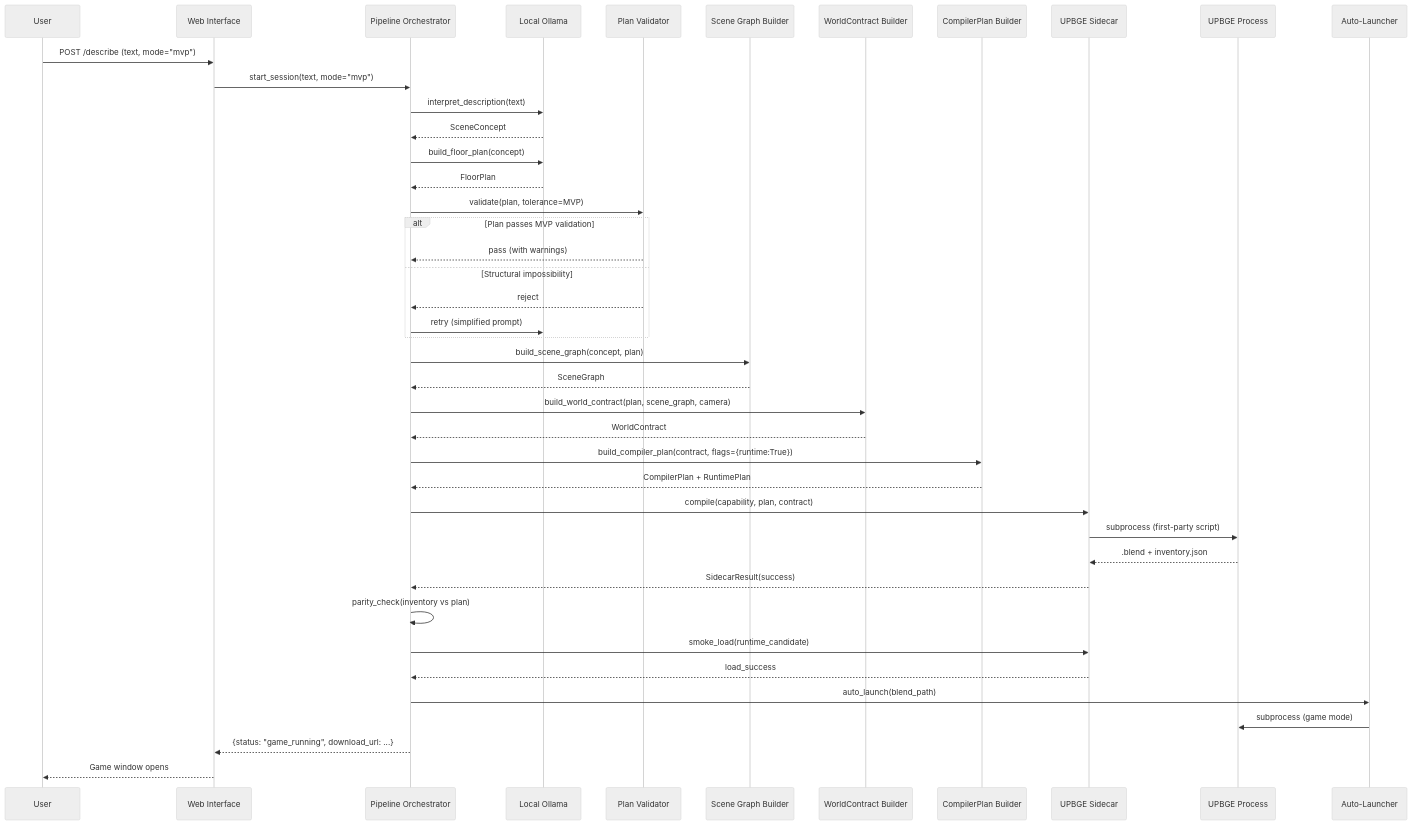
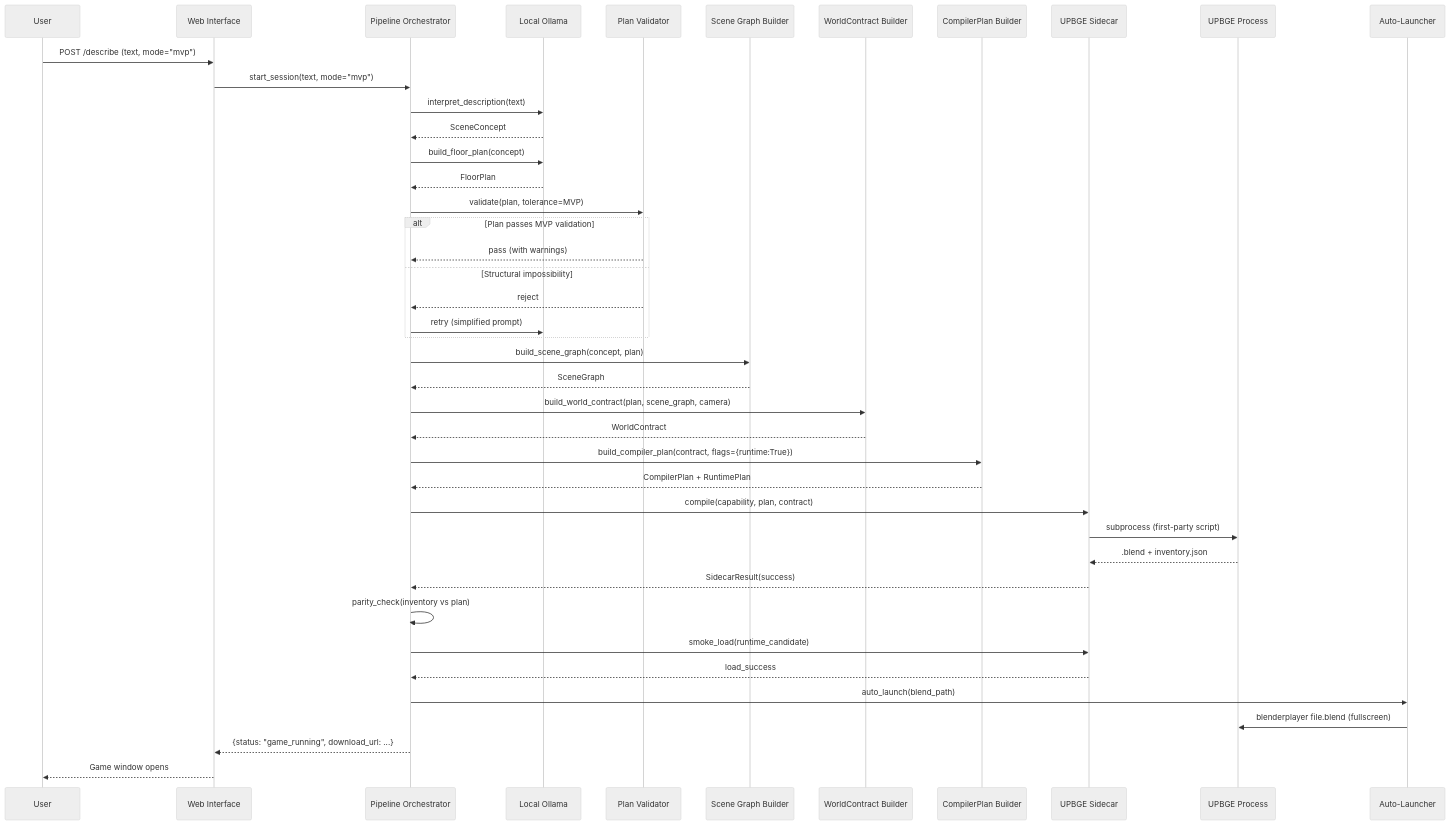
Before and after one commit to JM-Git-Prog/CEO_Attempt: the third of 3 diagrams in .kiro/specs/text-to-playable-world-mvp/design.md, drawn with Mermaid (neutral theme). The commit also changed other lines of this file and 1 other file, not shown here.

Commit message:
fix(spec): correct auto-launch to use blenderplayer (standalone game player), not UPBGE editor — separate compile/launch executables in capability probe

````diff
--- a/.kiro/specs/text-to-playable-world-mvp/design.md
+++ b/.kiro/specs/text-to-playable-world-mvp/design.md
@@ -70,47 +70,47 @@
 ```mermaid
 sequenceDiagram
     participant User
     participant Web as Web Interface
     participant Pipeline as Pipeline Orchestrator
     participant LLM as Local Ollama
     participant Validator as Plan Validator
     participant SGB as Scene Graph Builder
     participant WCB as WorldContract Builder
     participant CPB as CompilerPlan Builder
     participant Sidecar as UPBGE Sidecar
     participant UPBGE as UPBGE Process
     participant Launcher as Auto-Launcher
 
     User->>Web: POST /describe (text, mode="mvp")
     Web->>Pipeline: start_session(text, mode="mvp")
     Pipeline->>LLM: interpret_description(text)
     LLM-->>Pipeline: SceneConcept
     Pipeline->>LLM: build_floor_plan(concept)
     LLM-->>Pipeline: FloorPlan
     Pipeline->>Validator: validate(plan, tolerance=MVP)
     
     alt Plan passes MVP validation
         Validator-->>Pipeline: pass (with warnings)
     else Structural impossibility
         Validator-->>Pipeline: reject
         Pipeline->>LLM: retry (simplified prompt)
     end
     
     Pipeline->>SGB: build_scene_graph(concept, plan)
     SGB-->>Pipeline: SceneGraph
     Pipeline->>WCB: build_world_contract(plan, scene_graph, camera)
     WCB-->>Pipeline: WorldContract
     Pipeline->>CPB: build_compiler_plan(contract, flags={runtime:True})
     CPB-->>Pipeline: CompilerPlan + RuntimePlan
     Pipeline->>Sidecar: compile(capability, plan, contract)
     Sidecar->>UPBGE: subprocess (first-party script)
     UPBGE-->>Sidecar: .blend + inventory.json
     Sidecar-->>Pipeline: SidecarResult(success)
     Pipeline->>Pipeline: parity_check(inventory vs plan)
     Pipeline->>Sidecar: smoke_load(runtime_candidate)
     Sidecar-->>Pipeline: load_success
     Pipeline->>Launcher: auto_launch(blend_path)
-    Launcher->>UPBGE: subprocess (game mode)
+    Launcher->>UPBGE: blenderplayer file.blend (fullscreen)
     Pipeline-->>Web: {status: "game_running", download_url: ...}
     Web-->>User: Game window opens
 ```
````
